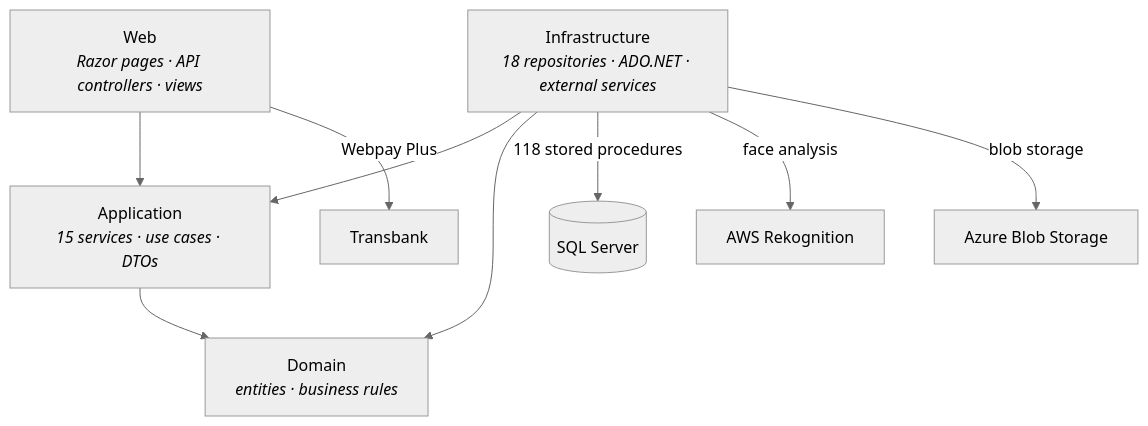
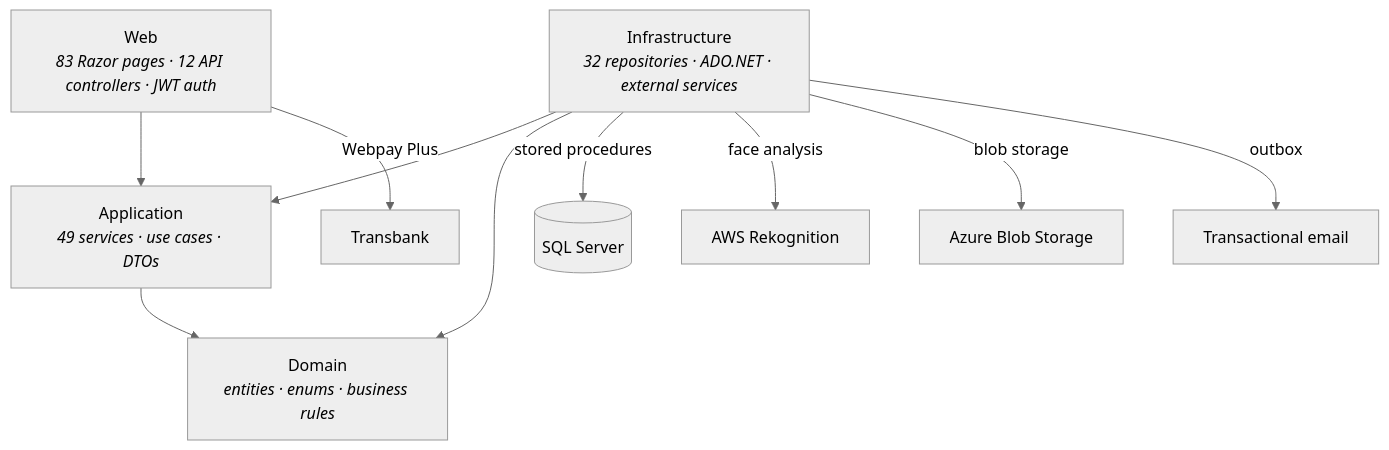
The first of 2 diagrams in README.md (brainDamage153/peakshot-case-study), drawn with Mermaid (neutral theme) before and after one commit. The commit also changed other lines of this file, not shown here.

````diff
--- a/README.md
+++ b/README.md
@@ -65,16 +69,17 @@
 ```mermaid
 flowchart TD
-    WEB["Web<br/><i>Razor pages · API controllers · views</i>"]
-    APP["Application<br/><i>15 services · use cases · DTOs</i>"]
-    INFRA["Infrastructure<br/><i>18 repositories · ADO.NET · external services</i>"]
-    DOMAIN["Domain<br/><i>entities · business rules</i>"]
+    WEB["Web<br/><i>83 Razor pages · 12 API controllers · JWT auth</i>"]
+    APP["Application<br/><i>49 services · use cases · DTOs</i>"]
+    INFRA["Infrastructure<br/><i>32 repositories · ADO.NET · external services</i>"]
+    DOMAIN["Domain<br/><i>entities · enums · business rules</i>"]
 
     WEB --> APP
     INFRA --> APP
     APP --> DOMAIN
     INFRA --> DOMAIN
-    INFRA -->|118 stored procedures| DB[("SQL Server")]
+    INFRA -->|stored procedures| DB[("SQL Server")]
     INFRA -->|face analysis| AWS["AWS Rekognition"]
     INFRA -->|blob storage| BLOB["Azure Blob Storage"]
+    INFRA -->|outbox| MAIL["Transactional email"]
     WEB -->|Webpay Plus| PAY["Transbank"]
 ```
````
